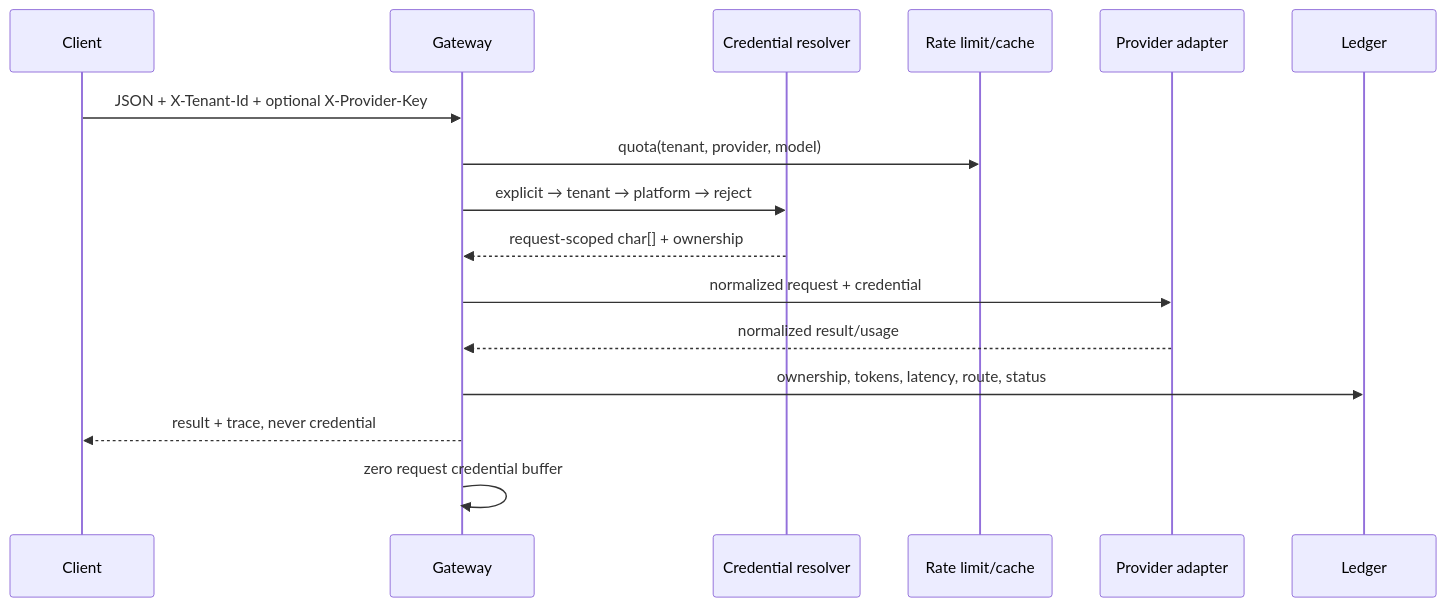
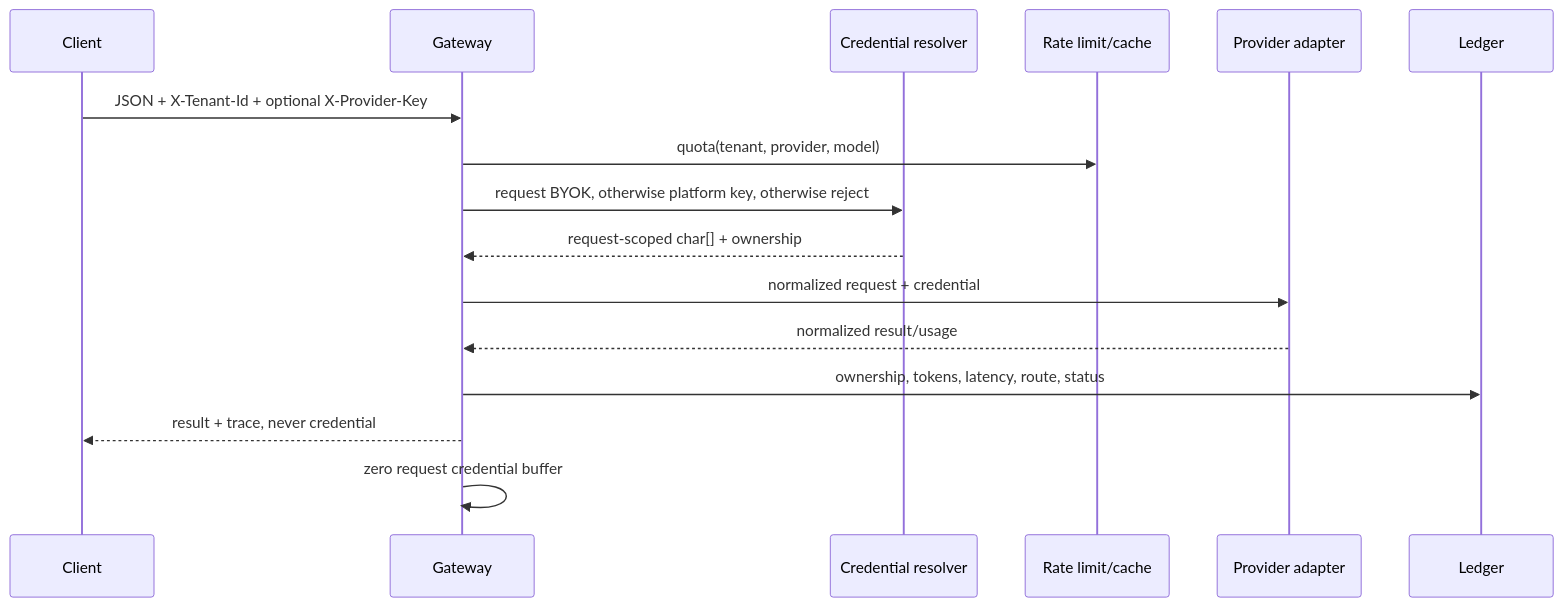
One commit to Sidd-Tiwari/ForgeAI changed the third of 3 diagrams in docs/architecture/architecture.md. Above: the diagram before and after it, drawn with Mermaid. The commit also changed other lines of this file and 3 other files, not shown here.

````diff
--- a/docs/architecture/architecture.md
+++ b/docs/architecture/architecture.md
@@ -45,18 +45,18 @@
 ```mermaid
 sequenceDiagram
   participant C as Client
   participant G as Gateway
   participant R as Credential resolver
   participant Q as Rate limit/cache
   participant P as Provider adapter
   participant D as Ledger
   C->>G: JSON + X-Tenant-Id + optional X-Provider-Key
   G->>Q: quota(tenant, provider, model)
-  G->>R: explicit → tenant → platform → reject
+  G->>R: request BYOK, otherwise platform key, otherwise reject
   R-->>G: request-scoped char[] + ownership
   G->>P: normalized request + credential
   P-->>G: normalized result/usage
   G->>D: ownership, tokens, latency, route, status
   G-->>C: result + trace, never credential
   G->>G: zero request credential buffer
 ```
````
